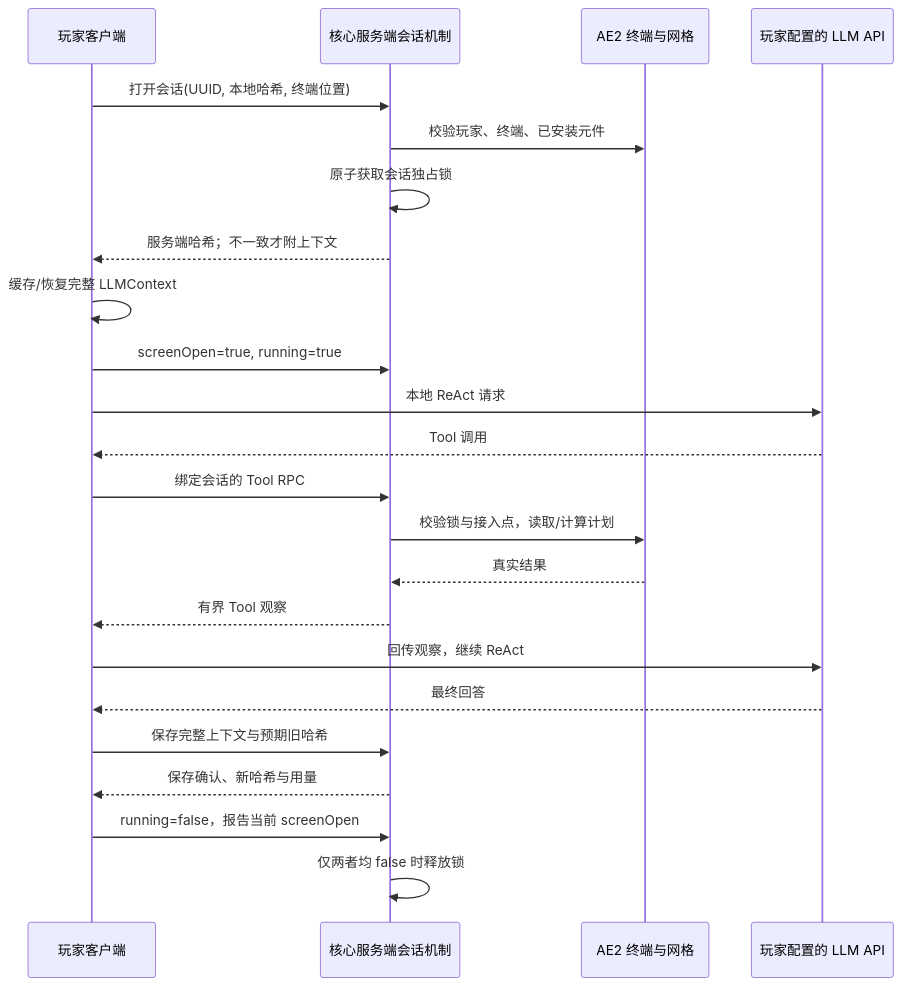
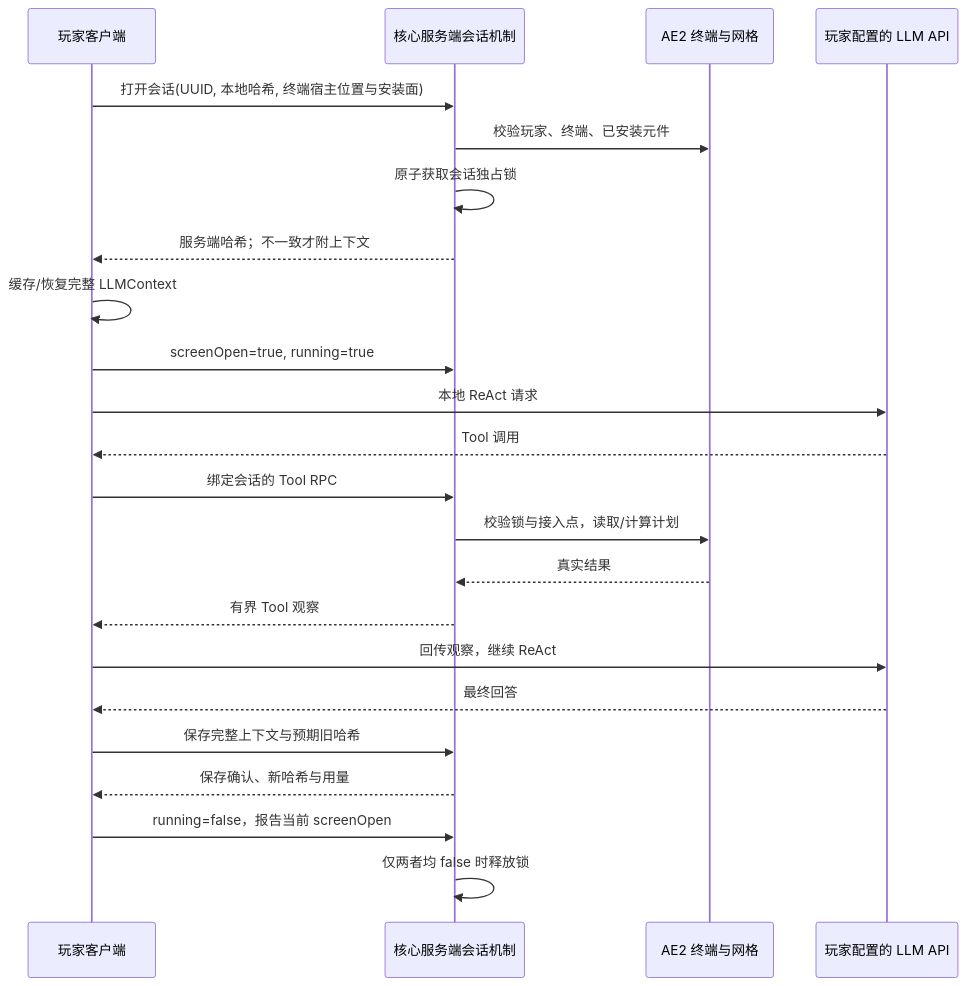
Before and after one commit to RC-diamond-GH/AI-Factory: the diagram in documents/AE2智能存储拓展交付说明.md, drawn with Mermaid. The commit also changed other lines of this file and 46 other files, not shown here.

````diff
--- a/documents/AE2智能存储拓展交付说明.md
+++ b/documents/AE2智能存储拓展交付说明.md
@@ -78,25 +80,25 @@
 ```mermaid
 sequenceDiagram
     participant P as 玩家客户端
     participant S as 核心服务端会话机制
     participant ME as AE2 终端与网格
     participant API as 玩家配置的 LLM API
-    P->>S: 打开会话(UUID, 本地哈希, 终端位置)
+    P->>S: 打开会话(UUID, 本地哈希, 终端宿主位置与安装面)
     S->>ME: 校验玩家、终端、已安装元件
     S->>S: 原子获取会话独占锁
     S-->>P: 服务端哈希；不一致才附上下文
     P->>P: 缓存/恢复完整 LLMContext
     P->>S: screenOpen=true, running=true
     P->>API: 本地 ReAct 请求
     API-->>P: Tool 调用
     P->>S: 绑定会话的 Tool RPC
     S->>ME: 校验锁与接入点，读取/计算计划
     ME-->>S: 真实结果
     S-->>P: 有界 Tool 观察
     P->>API: 回传观察，继续 ReAct
     API-->>P: 最终回答
     P->>S: 保存完整上下文与预期旧哈希
     S-->>P: 保存确认、新哈希与用量
     P->>S: running=false，报告当前 screenOpen
     S->>S: 仅两者均 false 时释放锁
 ```
````
